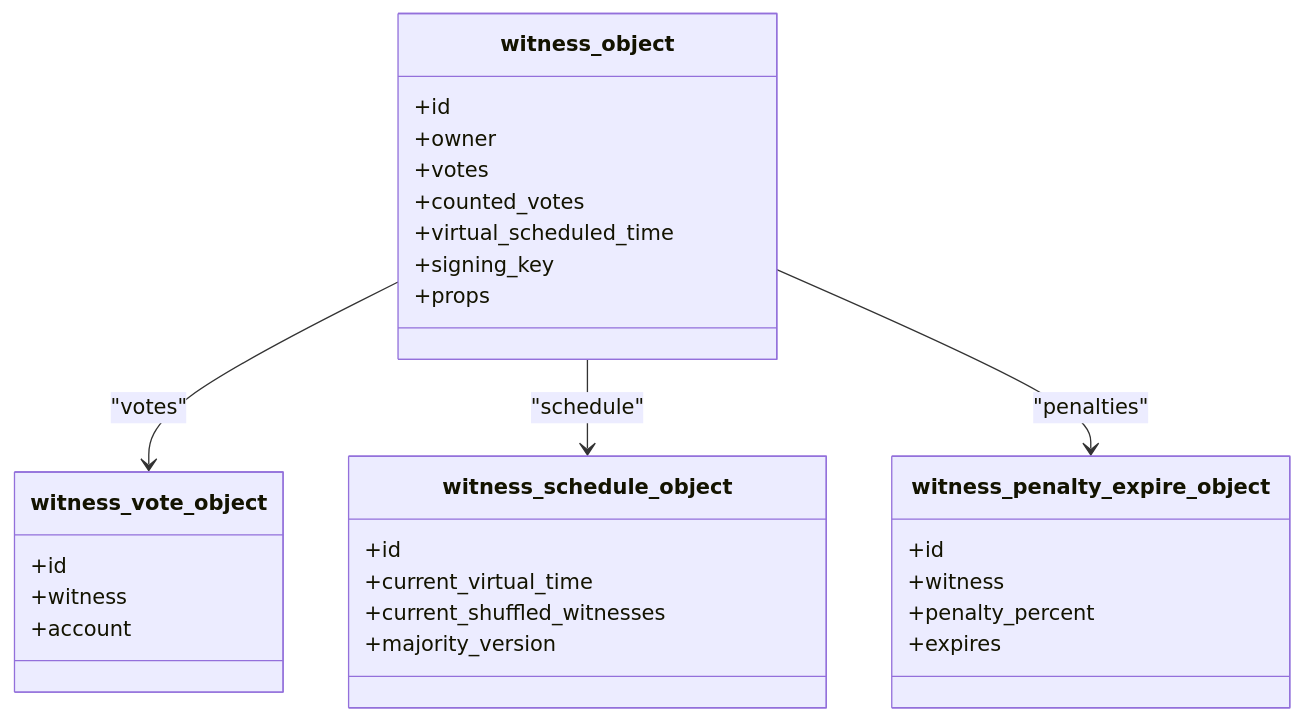
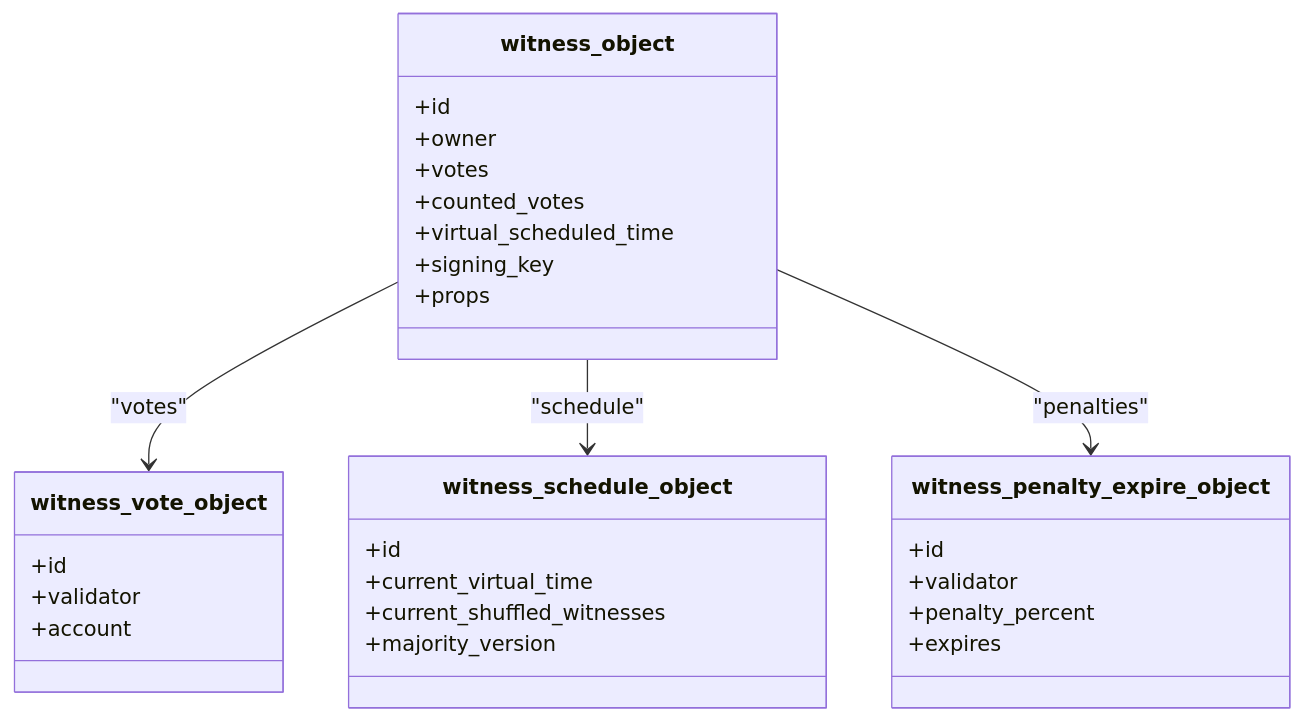
The sixth of 8 diagrams in .qoder/repowiki/en/content/Architecture Overview/Core Libraries/Chain Library/Object Model and Persistence.md (VIZ-Blockchain/viz-cpp-node), drawn with Mermaid before and after one commit. The commit also changed other lines of this file and 88 other files, not shown here.

First line of the commit message:
docs(validator): rename witness to validator throughout documentation

````diff
--- a/.qoder/repowiki/en/content/Architecture Overview/Core Libraries/Chain Library/Object Model and Persistence.md
+++ b/.qoder/repowiki/en/content/Architecture Overview/Core Libraries/Chain Library/Object Model and Persistence.md
@@ -417,32 +417,32 @@
 ```mermaid
 classDiagram
 class witness_object {
 +id
 +owner
 +votes
 +counted_votes
 +virtual_scheduled_time
 +signing_key
 +props
 }
 class witness_vote_object {
 +id
-+witness
++validator
 +account
 }
 class witness_schedule_object {
 +id
 +current_virtual_time
 +current_shuffled_witnesses
 +majority_version
 }
 class witness_penalty_expire_object {
 +id
-+witness
++validator
 +penalty_percent
 +expires
 }
 witness_object --> witness_vote_object : "votes"
 witness_object --> witness_schedule_object : "schedule"
 witness_object --> witness_penalty_expire_object : "penalties"
 ```
````
